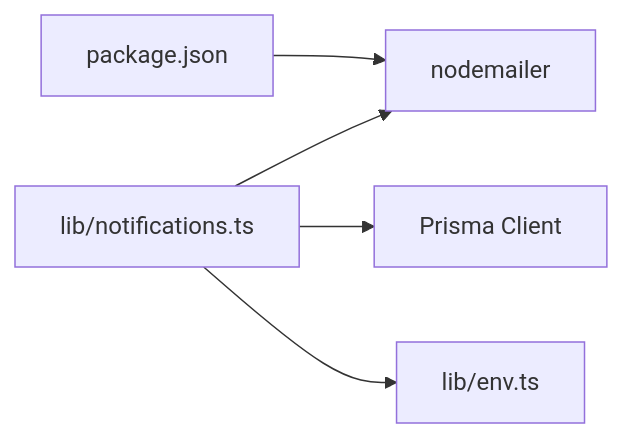
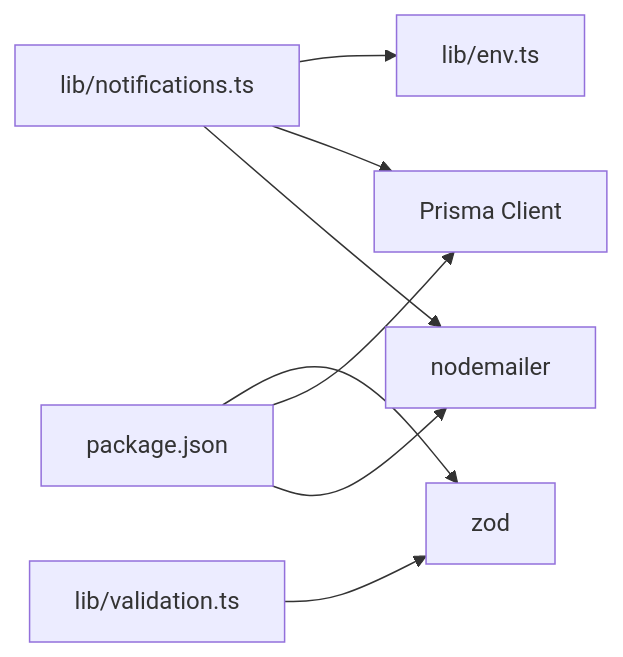
Before and after one commit to gyamposudodzi/Timberland: the sixth of 6 diagrams in .qoder/repowiki/en/content/Notification System.md, drawn with Mermaid. The commit also changed other lines of this file and 87 other files, not shown here.

````diff
--- a/.qoder/repowiki/en/content/Notification System.md
+++ b/.qoder/repowiki/en/content/Notification System.md
@@ -265,12 +299,17 @@
 ```mermaid
 graph LR
 Package["package.json"]
 Nodemailer["nodemailer"]
 Prisma["Prisma Client"]
+Zod["zod"]
 Env["lib/env.ts"]
 Notif["lib/notiﬁcations.ts"]
+Validation["lib/validation.ts"]
 Package --> Nodemailer
+Package --> Prisma
+Package --> Zod
 Notif --> Nodemailer
 Notif --> Prisma
 Notif --> Env
+Validation --> Zod
 ```
````
